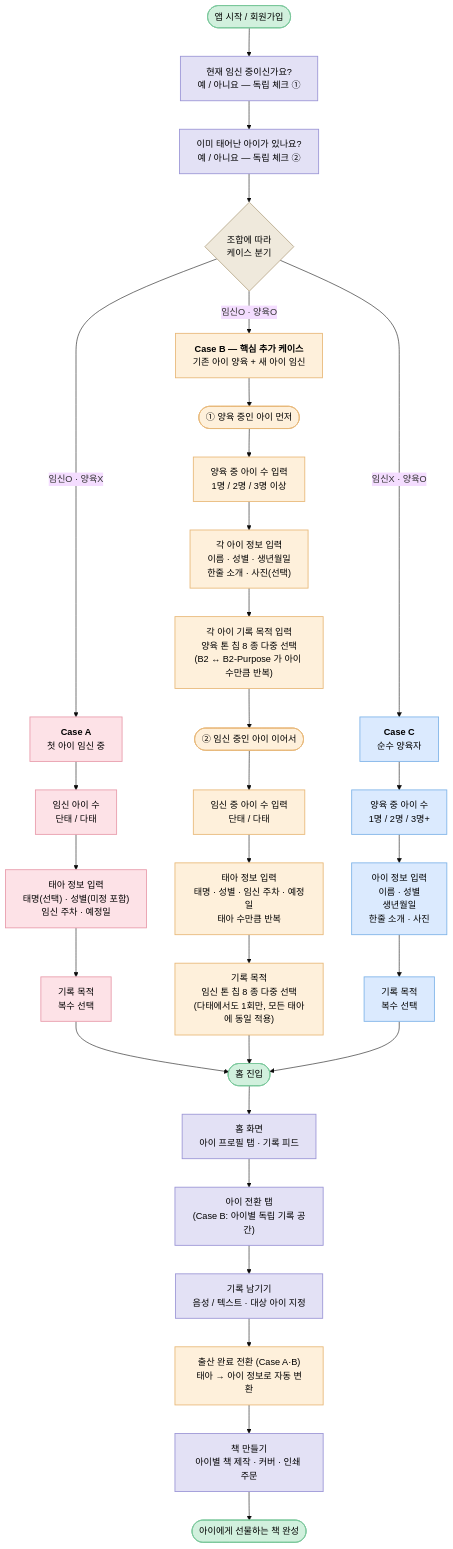
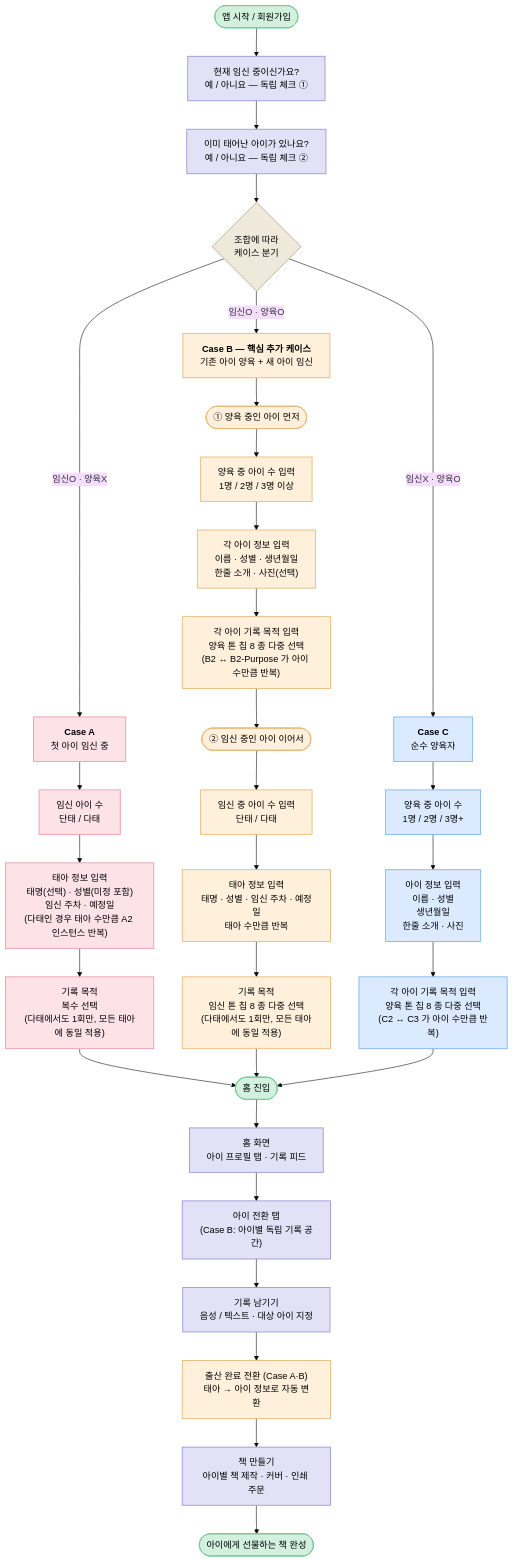
One commit to dlddu/dear-baby changed the diagram in docs/flows/onboarding-flow.md. Above: the diagram before and after it, drawn with Mermaid (base theme). The commit also changed other lines of this file and 6 other files, not shown here.

````diff
--- a/docs/flows/onboarding-flow.md
+++ b/docs/flows/onboarding-flow.md
@@ -31,57 +31,57 @@
 ```mermaid
 flowchart TD
     Start([앱 시작 / 회원가입]) --> Q1["현재 임신 중이신가요?<br/>예 / 아니요 — 독립 체크 ①"]
     Q1 --> Q2["이미 태어난 아이가 있나요?<br/>예 / 아니요 — 독립 체크 ②"]
     Q2 --> Branch{"조합에 따라<br/>케이스 분기"}
 
     Branch -- "임신O · 양육X" --> CaseA["<b>Case A</b><br/>첫 아이 임신 중"]
     Branch -- "임신O · 양육O" --> CaseB["<b>Case B — 핵심 추가 케이스</b><br/>기존 아이 양육 + 새 아이 임신"]
     Branch -- "임신X · 양육O" --> CaseC["<b>Case C</b><br/>순수 양육자"]
 
     %% ===== Case A =====
     CaseA --> A1["임신 아이 수<br/>단태 / 다태"]
-    A1 --> A2["태아 정보 입력<br/>태명(선택) · 성별(미정 포함)<br/>임신 주차 · 예정일"]
-    A2 --> A3["기록 목적<br/>복수 선택"]
+    A1 --> A2["태아 정보 입력<br/>태명(선택) · 성별(미정 포함)<br/>임신 주차 · 예정일<br/>(다태인 경우 태아 수만큼 A2 인스턴스 반복)"]
+    A2 --> A3["기록 목적<br/>복수 선택<br/>(다태에서도 1회만, 모든 태아에 동일 적용)"]
     A3 --> HomeEnter([홈 진입])
 
     %% ===== Case B =====
     CaseB --> B0(["① 양육 중인 아이 먼저"])
     B0 --> B1["양육 중 아이 수 입력<br/>1명 / 2명 / 3명 이상"]
     B1 --> B2["각 아이 정보 입력<br/>이름 · 성별 · 생년월일<br/>한줄 소개 · 사진(선택)"]
     B2 --> B2P["각 아이 기록 목적 입력<br/>양육 톤 칩 8 종 다중 선택<br/>(B2 ↔ B2-Purpose 가 아이 수만큼 반복)"]
     B2P --> B3(["② 임신 중인 아이 이어서"])
     B3 --> B4["임신 중 아이 수 입력<br/>단태 / 다태"]
     B4 --> B5["태아 정보 입력<br/>태명 · 성별 · 임신 주차 · 예정일<br/>태아 수만큼 반복"]
     B5 --> B6["기록 목적<br/>임신 톤 칩 8 종 다중 선택<br/>(다태에서도 1회만, 모든 태아에 동일 적용)"]
     B6 --> HomeEnter
 
     %% ===== Case C =====
     CaseC --> C1["양육 중 아이 수<br/>1명 / 2명 / 3명+"]
     C1 --> C2["아이 정보 입력<br/>이름 · 성별<br/>생년월일<br/>한줄 소개 · 사진"]
-    C2 --> C3["기록 목적<br/>복수 선택"]
+    C2 --> C3["각 아이 기록 목적 입력<br/>양육 톤 칩 8 종 다중 선택<br/>(C2 ↔ C3 가 아이 수만큼 반복)"]
     C3 --> HomeEnter
 
     %% ===== 공통 플로우 =====
     HomeEnter --> HomeScreen["홈 화면<br/>아이 프로필 탭 · 기록 피드"]
     HomeScreen --> SwitchTab["아이 전환 탭<br/>(Case B: 아이별 독립 기록 공간)"]
     SwitchTab --> Record["기록 남기기<br/>음성 / 텍스트 · 대상 아이 지정"]
     Record --> Convert["출산 완료 전환 (Case A·B)<br/>태아 → 아이 정보로 자동 변환"]
     Convert --> Book["책 만들기<br/>아이별 책 제작 · 커버 · 인쇄 주문"]
     Book --> Final([아이에게 선물하는 책 완성])
 
     %% ===== 스타일 =====
     classDef caseA fill:#fde2e7,stroke:#e89bab,stroke-width:1.5px,color:#000
     classDef caseB fill:#fef0db,stroke:#e8b878,stroke-width:1.5px,color:#000
     classDef caseC fill:#dbeafe,stroke:#7eb3e8,stroke-width:1.5px,color:#000
     classDef common fill:#e3e1f5,stroke:#9b95d6,stroke-width:1.5px,color:#000
     classDef enter fill:#d1f0dd,stroke:#7ac79a,stroke-width:1.5px,color:#000
     classDef branch fill:#efe9dc,stroke:#b8a98a,stroke-width:1.5px,color:#000
 
     class CaseA,A1,A2,A3 caseA
     class CaseB,B0,B1,B2,B2P,B3,B4,B5,B6 caseB
     class CaseC,C1,C2,C3 caseC
     class Q1,Q2,HomeScreen,SwitchTab,Record,Book common
     class Convert caseB
     class Branch branch
     class Start,HomeEnter,Final enter
 ```
````
